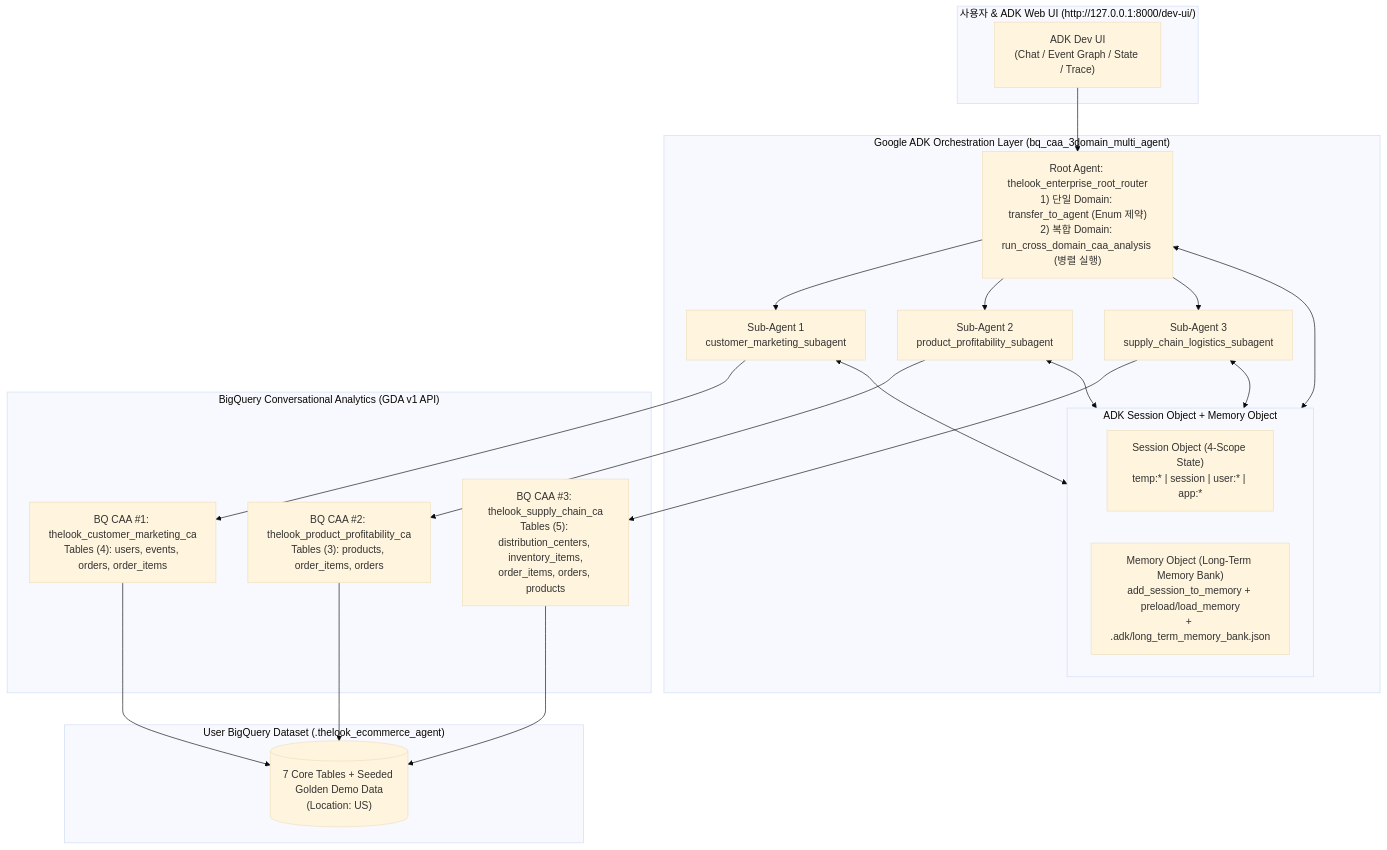
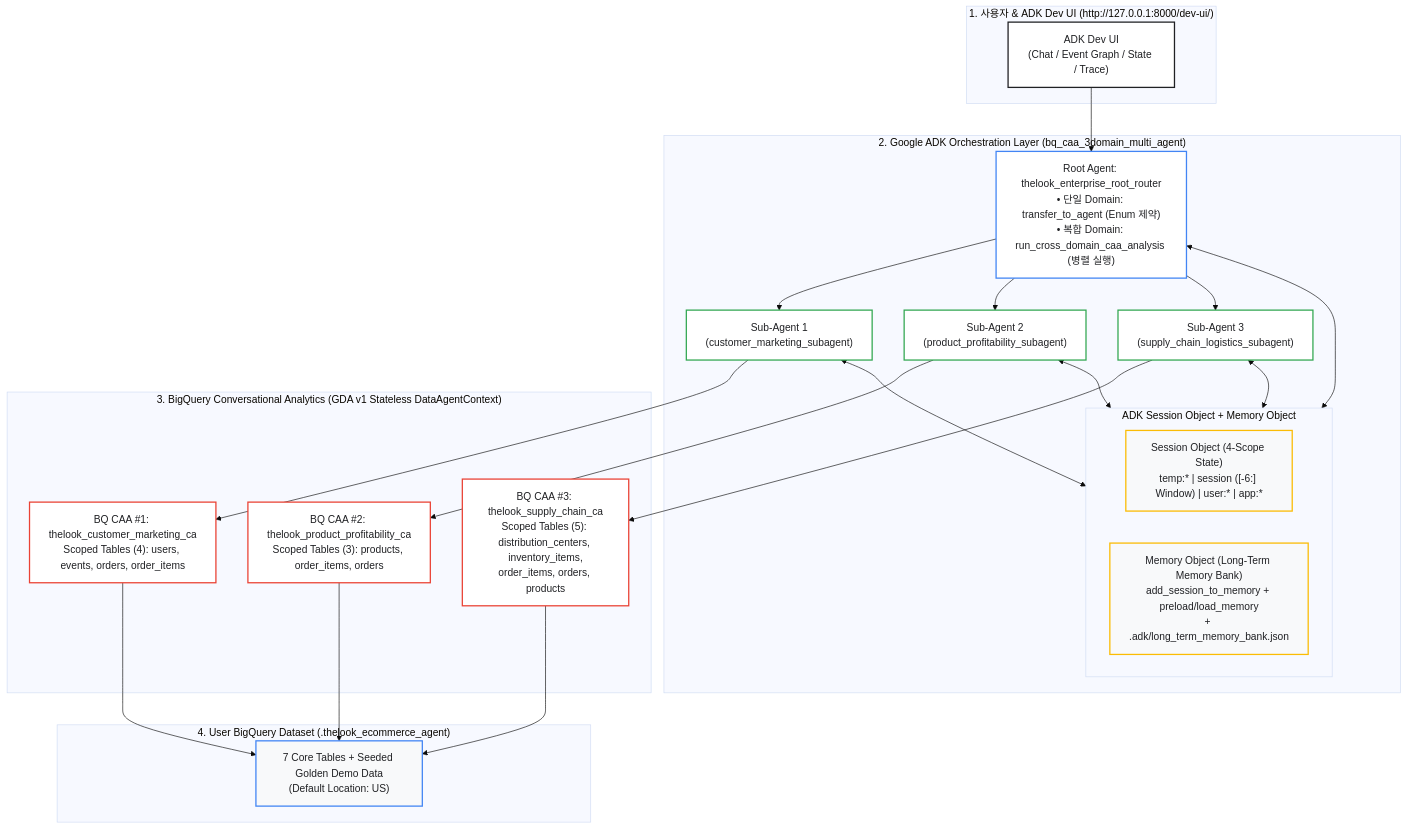
One commit to rhkim77/adk_with_bq_caa_lab changed the diagram in docs/QWIKLABS_HANDSON_LAB_GUIDE_KO.md. Above: the diagram before and after it, drawn with Mermaid (base theme). The commit also changed other lines of this file and 3 other files, not shown here.

Commit message:
docs: rewrite repository markdown guides to conform to CE authoring and Mermaid standards

````diff
--- a/docs/QWIKLABS_HANDSON_LAB_GUIDE_KO.md
+++ b/docs/QWIKLABS_HANDSON_LAB_GUIDE_KO.md
@@ -30,45 +29,52 @@
 ```mermaid
-flowchart TB
-  subgraph UserLayer["사용자 & ADK Web UI (http://127.0.0.1:8000/dev-ui/)"]
-    UI["ADK Dev UI<br/>(Chat / Event Graph / State / Trace)"]
+flowchart TD
+  classDef uiNode fill:#FFFFFF,stroke:#202124,stroke-width:2px,color:#202124
+  classDef rootNode fill:#FFFFFF,stroke:#4285F4,stroke-width:2px,color:#202124
+  classDef stateNode fill:#F8F9FA,stroke:#FBBC04,stroke-width:2px,color:#202124
+  classDef subNode fill:#FFFFFF,stroke:#34A853,stroke-width:2px,color:#202124
+  classDef caaNode fill:#FFFFFF,stroke:#EA4335,stroke-width:2px,color:#202124
+  classDef bqNode fill:#F8F9FA,stroke:#4285F4,stroke-width:2px,color:#202124
+
+  subgraph UserLayer["1. 사용자 & ADK Dev UI (http://127.0.0.1:8000/dev-ui/)"]
+    UI["ADK Dev UI<br/>(Chat / Event Graph / State / Trace)"]:::uiNode
   end
 
-  subgraph ADKLayer["Google ADK Orchestration Layer (bq_caa_3domain_multi_agent)"]
-    ROOT["Root Agent: thelook_enterprise_root_router<br/>1) 단일 Domain: transfer_to_agent (Enum 제약)<br/>2) 복합 Domain: run_cross_domain_caa_analysis (병렬 실행)"]
-    
+  subgraph ADKLayer["2. Google ADK Orchestration Layer (bq_caa_3domain_multi_agent)"]
+    ROOT["Root Agent: thelook_enterprise_root_router<br/>• 단일 Domain: transfer_to_agent (Enum 제약)<br/>• 복합 Domain: run_cross_domain_caa_analysis (병렬 실행)"]:::rootNode
+
     subgraph SessionMemory["ADK Session Object + Memory Object"]
-      S_OBJ["Session Object (4-Scope State)<br/>temp:* | session | user:* | app:*"]
-      M_OBJ["Memory Object (Long-Term Memory Bank)<br/>add_session_to_memory + preload/load_memory<br/>+ .adk/long_term_memory_bank.json"]
+      S_OBJ["Session Object (4-Scope State)<br/>temp:* | session ([-6:] Window) | user:* | app:*"]:::stateNode
+      M_OBJ["Memory Object (Long-Term Memory Bank)<br/>add_session_to_memory + preload/load_memory<br/>+ .adk/long_term_memory_bank.json"]:::stateNode
     end
 
-    SUB1["Sub-Agent 1<br/>customer_marketing_subagent"]
-    SUB2["Sub-Agent 2<br/>product_profitability_subagent"]
-    SUB3["Sub-Agent 3<br/>supply_chain_logistics_subagent"]
+    SUB1["Sub-Agent 1<br/>(customer_marketing_subagent)"]:::subNode
+    SUB2["Sub-Agent 2<br/>(product_profitability_subagent)"]:::subNode
+    SUB3["Sub-Agent 3<br/>(supply_chain_logistics_subagent)"]:::subNode
 
     ROOT --> SUB1
     ROOT --> SUB2
     ROOT --> SUB3
     ROOT <--> SessionMemory
     SUB1 <--> SessionMemory
     SUB2 <--> SessionMemory
     SUB3 <--> SessionMemory
   end
 
-  subgraph CAALayer["BigQuery Conversational Analytics (GDA v1 API)"]
-    CAA1["BQ CAA #1: thelook_customer_marketing_ca<br/>Tables (4): users, events, orders, order_items"]
-    CAA2["BQ CAA #2: thelook_product_profitability_ca<br/>Tables (3): products, order_items, orders"]
-    CAA3["BQ CAA #3: thelook_supply_chain_ca<br/>Tables (5): distribution_centers, inventory_items,<br/>order_items, orders, products"]
+  subgraph CAALayer["3. BigQuery Conversational Analytics (GDA v1 Stateless DataAgentContext)"]
+    CAA1["BQ CAA #1: thelook_customer_marketing_ca<br/>Scoped Tables (4): users, events, orders, order_items"]:::caaNode
+    CAA2["BQ CAA #2: thelook_product_profitability_ca<br/>Scoped Tables (3): products, order_items, orders"]:::caaNode
+    CAA3["BQ CAA #3: thelook_supply_chain_ca<br/>Scoped Tables (5): distribution_centers, inventory_items,<br/>order_items, orders, products"]:::caaNode
     SUB1 --> CAA1
     SUB2 --> CAA2
     SUB3 --> CAA3
   end
 
-  subgraph BQLayer["User BigQuery Dataset (<PROJECT_ID>.thelook_ecommerce_agent)"]
-    BQ[("7 Core Tables + Seeded Golden Demo Data<br/>(Location: US)")]
+  subgraph BQLayer["4. User BigQuery Dataset (<PROJECT_ID>.thelook_ecommerce_agent)"]
+    BQ["7 Core Tables + Seeded Golden Demo Data<br/>(Default Location: US)"]:::bqNode
     CAA1 --> BQ
     CAA2 --> BQ
     CAA3 --> BQ
   end
 
   UI --> ROOT
 ```
````
